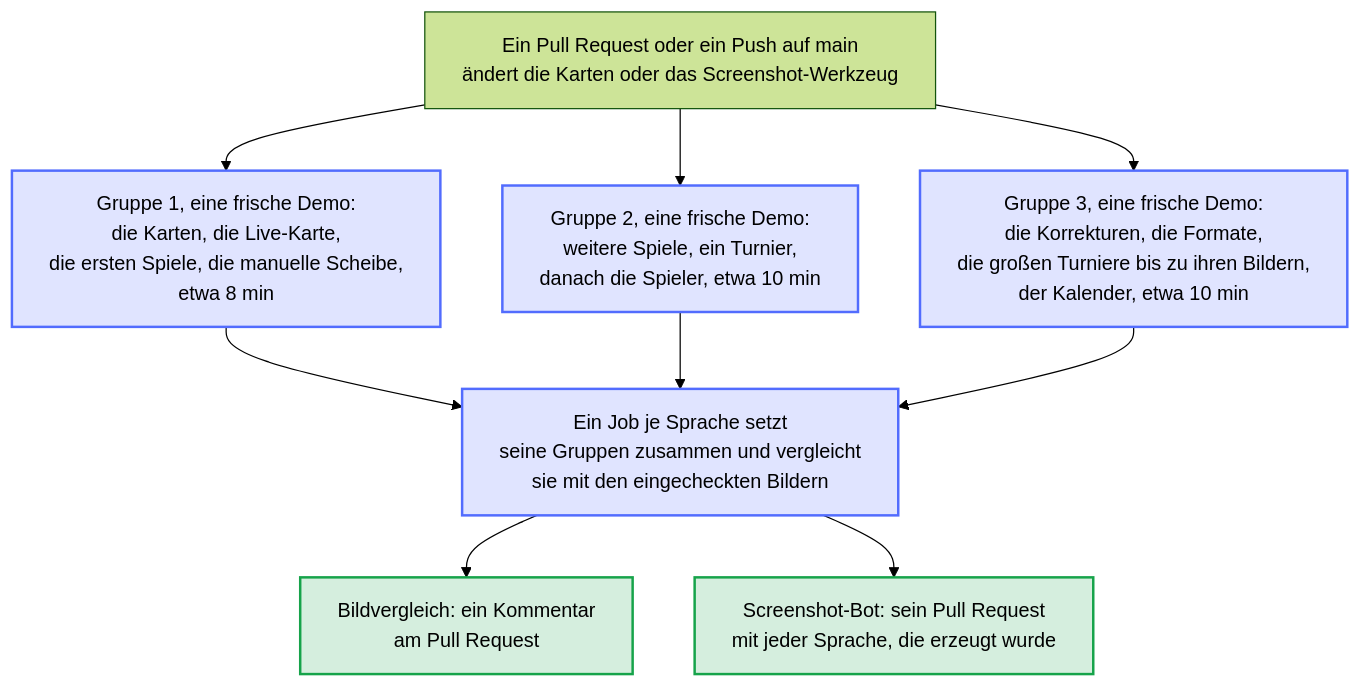
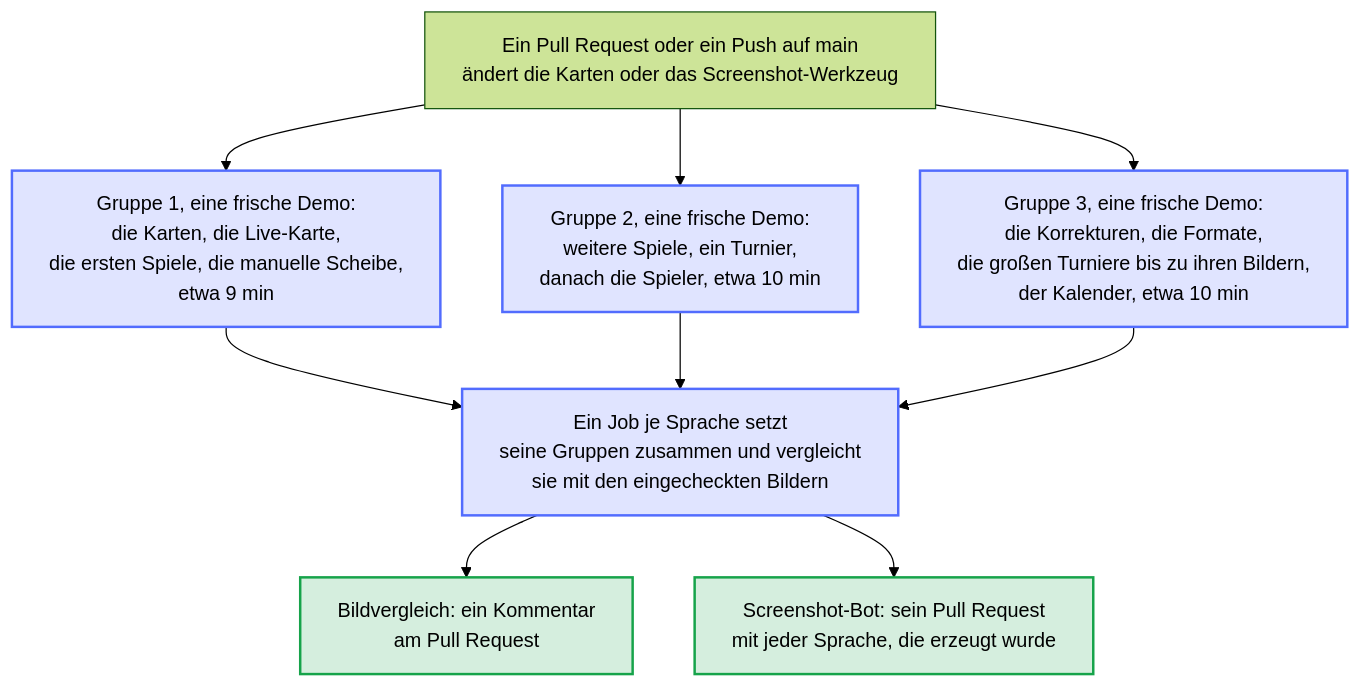
One commit to Dennis-Otto/homedarts-for-autodarts changed the diagram in docs/diagrams/screenshot-groups.de.mmd. Above: the diagram before and after it, drawn with Mermaid (forest theme). The commit also changed 7 other files, not shown here.

```diff
--- a/docs/diagrams/screenshot-groups.de.mmd
+++ b/docs/diagrams/screenshot-groups.de.mmd
@@ -1,21 +1,21 @@
 ---
 config:
   flowchart:
     wrappingWidth: 400
 ---
 flowchart TB
   accTitle: Wie Bildvergleich und Screenshot-Bot die Bilder in Gruppen erzeugen
   accDescr: Jede Sprache wird in drei Gruppen gleichzeitig erzeugt, jede Gruppe auf einem eigenen Runner aus einer frischen Demo. Die Karten, die ersten Spiele und die Dartscheibe ohne Autodarts bilden Gruppe 1, weitere Spiele mit den Spielern Gruppe 2, die Korrekturen eines Darts, die Formate, die großen Turniere und der Kalender Gruppe 3. Danach setzt ein Job je Sprache die Bilder seiner drei Gruppen zusammen und vergleicht sie mit den eingecheckten Bildern. Der Bildvergleich schreibt den Vergleich in einen Kommentar am Pull Request; der Screenshot-Bot aktualisiert seinen Pull Request mit jeder Sprache, die erzeugt wurde.
 
   START["Ein Pull Request oder ein Push auf main<br/>ändert die Karten oder das Screenshot-Werkzeug"] --> G1 & G2 & G3
-  G1["Gruppe 1, eine frische Demo:<br/>die Karten, die Live-Karte,<br/>die ersten Spiele, die manuelle Scheibe,<br/>etwa 8 min"]
+  G1["Gruppe 1, eine frische Demo:<br/>die Karten, die Live-Karte,<br/>die ersten Spiele, die manuelle Scheibe,<br/>etwa 9 min"]
   G2["Gruppe 2, eine frische Demo:<br/>weitere Spiele, ein Turnier,<br/>danach die Spieler, etwa 10 min"]
   G3["Gruppe 3, eine frische Demo:<br/>die Korrekturen, die Formate,<br/>die großen Turniere bis zu ihren Bildern,<br/>der Kalender, etwa 10 min"]
   G1 & G2 & G3 --> COLLECT["Ein Job je Sprache setzt<br/>seine Gruppen zusammen und vergleicht<br/>sie mit den eingecheckten Bildern"]
   COLLECT --> COMMENT["Bildvergleich: ein Kommentar<br/>am Pull Request"]
   COLLECT --> BOT["Screenshot-Bot: sein Pull Request<br/>mit jeder Sprache, die erzeugt wurde"]
 
   classDef bot fill:#526cfe2e,stroke:#526cfe,stroke-width:2px
   classDef done fill:#16a34a2e,stroke:#16a34a,stroke-width:2px
   class G1,G2,G3,COLLECT bot
   class COMMENT,BOT done
```
